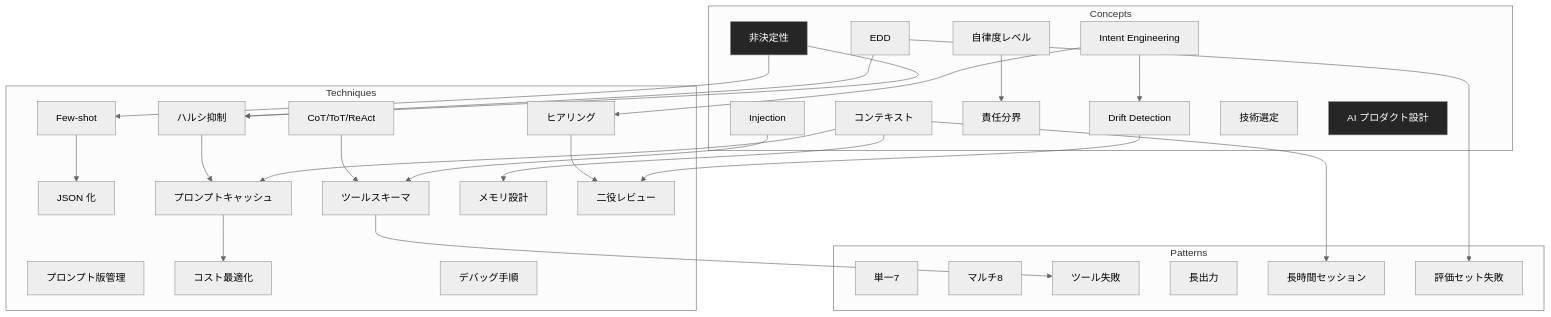
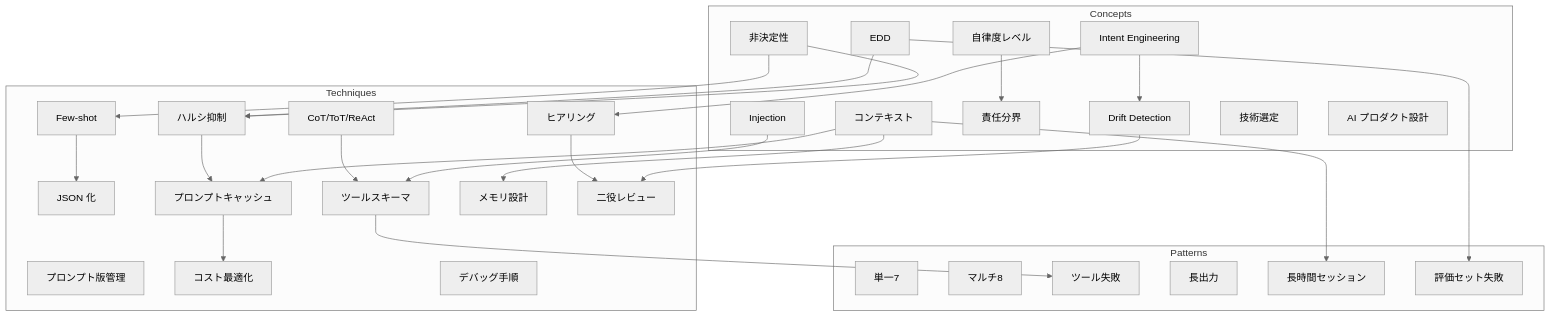
The first of 3 diagrams in docs/map.md (dinekt/dinekt-wiki), drawn with Mermaid (neutral theme) before and after one commit. The commit also changed other lines of this file and 70 other files, not shown here.

First line of the commit message:
fix(mermaid): strip all inline styling, rely on theme

````diff
--- a/docs/map.md
+++ b/docs/map.md
@@ -7,62 +7,60 @@
 ```mermaid
 flowchart TD
     subgraph Concepts
         C1[非決定性]
         C2[コンテキスト]
         C3[Intent Engineering]
         C4[Drift Detection]
         C5[自律度レベル]
         C6[責任分界]
         C7[EDD]
         C8[Injection]
         C9[技術選定]
         C10[AI プロダクト設計]
     end
 
     subgraph Techniques
         T1[Few-shot]
         T2[CoT/ToT/ReAct]
         T3[JSON 化]
         T4[プロンプトキャッシュ]
         T5[プロンプト版管理]
         T6[コスト最適化]
         T7[ツールスキーマ]
         T8[デバッグ手順]
         T9[ハルシ抑制]
         T10[メモリ設計]
         T11[ヒアリング]
         T12[二役レビュー]
     end
 
     subgraph Patterns
         P1[単一7]
         P2[マルチ8]
         P3[ツール失敗]
         P4[長出力]
         P5[長時間セッション]
         P6[評価セット失敗]
     end
 
     C1 --> T9
     C1 --> T1
     C2 --> T4
     C2 --> T10
     C2 --> P5
     C3 --> T11
     C3 --> C4
     C4 --> T12
     C5 --> C6
     C7 --> P6
     C7 --> T9
     C8 --> T7
 
     T1 --> T3
     T2 --> T7
     T4 --> T6
     T7 --> P3
     T9 --> T4
     T11 --> T12
 
-    style C1 fill:#262626,color:#fff
-    style C10 fill:#262626,color:#fff
 ```
````
